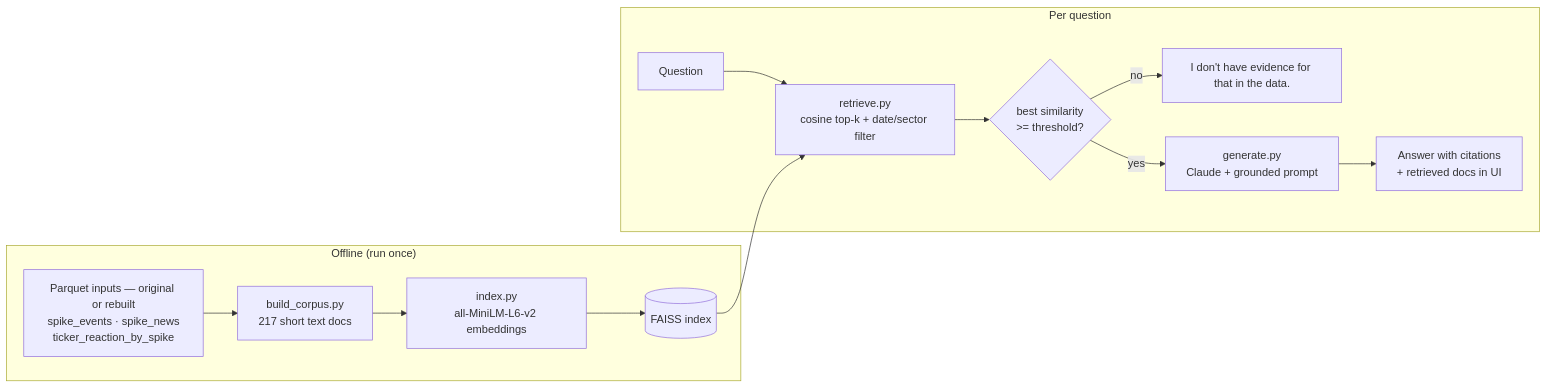
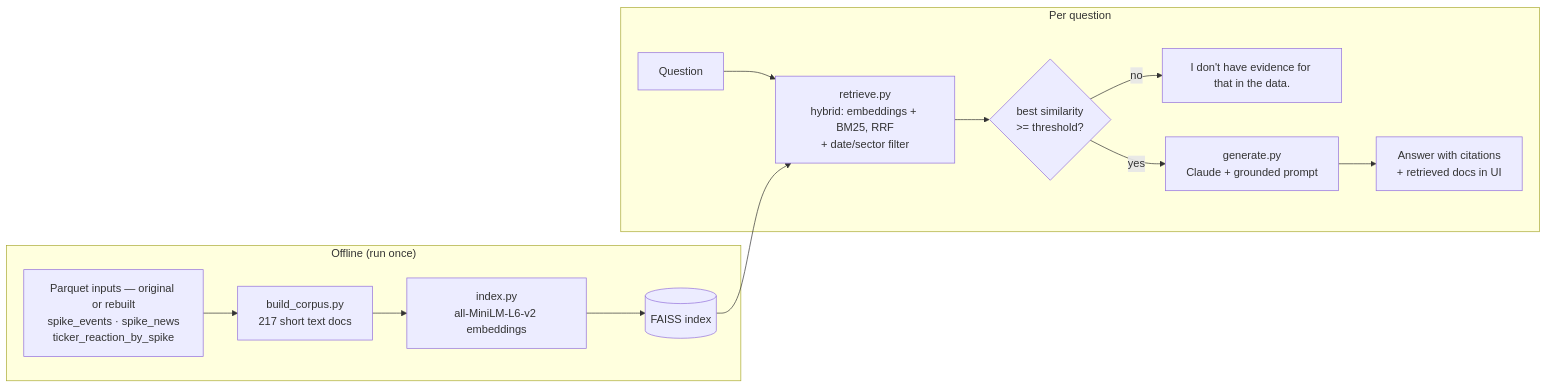
Before and after one commit to jjeong4335/gdelt-risk-platform: the diagram in README.md, drawn with Mermaid. The commit also changed other lines of this file and 4 other files, not shown here.

First line of the commit message:
Add hybrid retrieval (BM25 + embeddings, RRF) after eval found date misses

````diff
--- a/README.md
+++ b/README.md
@@ -337,17 +337,17 @@
 ```mermaid
 flowchart LR
     subgraph Offline["Offline (run once)"]
         P[Parquet inputs — original or rebuilt<br/>spike_events · spike_news<br/>ticker_reaction_by_spike]
         P --> C[build_corpus.py<br/>217 short text docs]
         C --> E[index.py<br/>all-MiniLM-L6-v2 embeddings]
         E --> F[(FAISS index)]
     end
     subgraph Online["Per question"]
-        Q[Question] --> R[retrieve.py<br/>cosine top-k + date/sector filter]
+        Q[Question] --> R[retrieve.py<br/>hybrid: embeddings + BM25, RRF<br/>+ date/sector filter]
         F --> R
         R --> G{best similarity<br/>>= threshold?}
         G -- no --> X["I don't have evidence for that in the data."]
         G -- yes --> L[generate.py<br/>Claude + grounded prompt]
         L --> A[Answer with citations<br/>+ retrieved docs in UI]
     end
 ```
````
